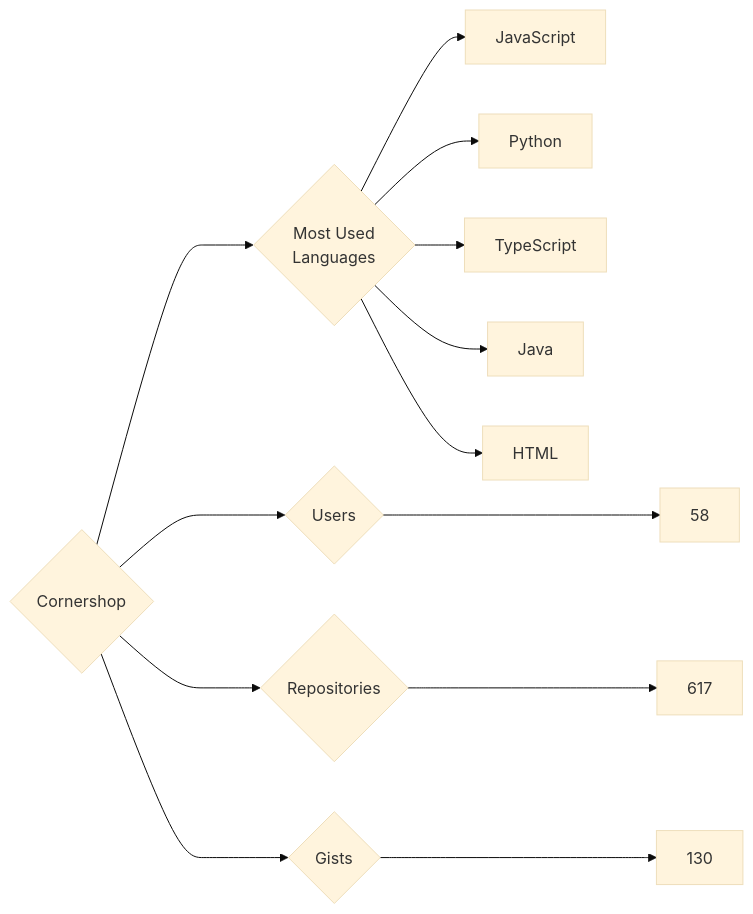
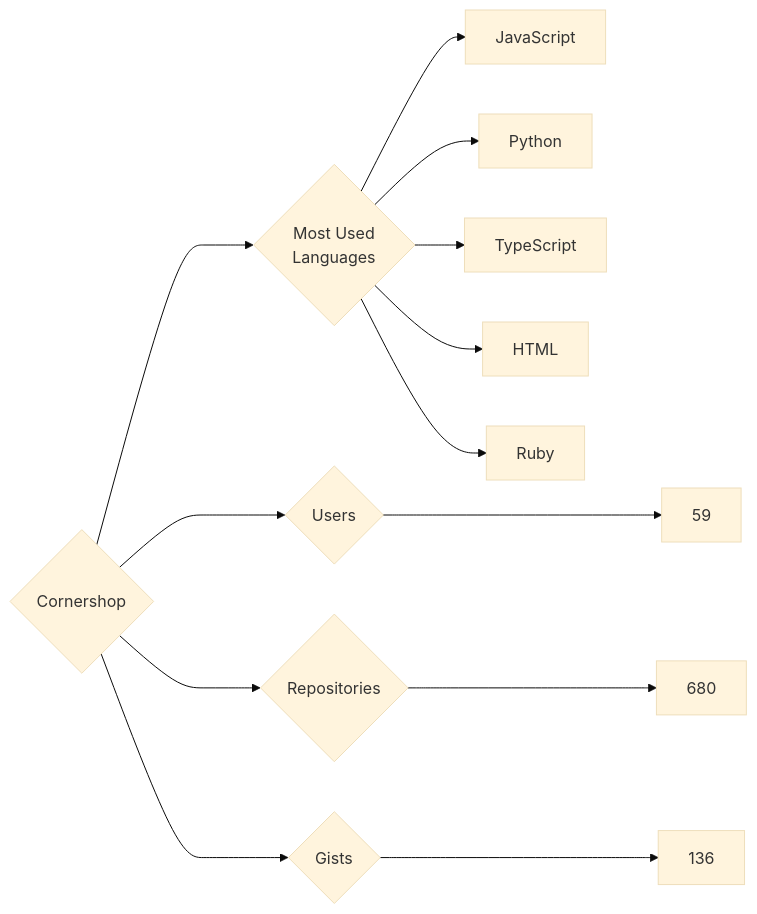
The diagram in targets/Cornershop/README.md (trickest/insiders), drawn with Mermaid (base theme) before and after one commit. The commit also changed 749 other files, not shown here.

````diff
--- a/targets/Cornershop/README.md
+++ b/targets/Cornershop/README.md
@@ -3,13 +3,13 @@
 ```mermaid
 graph LR
 COMPANY_NAME{Cornershop}
-COMPANY_NAME ---> U{Users} ---> UN[58]
-COMPANY_NAME ---> R{Repositories} ---> RN[617]
-COMPANY_NAME ---> G{Gists} ---> GN[130]
+COMPANY_NAME ---> U{Users} ---> UN[59]
+COMPANY_NAME ---> R{Repositories} ---> RN[680]
+COMPANY_NAME ---> G{Gists} ---> GN[136]
 COMPANY_NAME ---> ML{Most Used<br>Languages}
 ML --> JavaScript[JavaScript]
 ML --> Python[Python]
 ML --> TypeScript[TypeScript]
-ML --> Java[Java]
 ML --> HTML[HTML]
+ML --> Ruby[Ruby]
 ```
````
